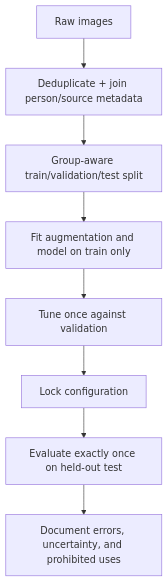
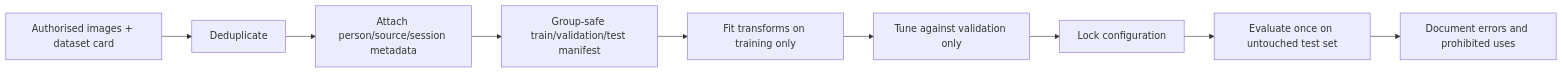
The eighth of 8 diagrams in 02-gender-image-classifier/README.md (CHAITANYA-2002/machine-learning-projects), drawn with Mermaid before and after one commit. The commit also changed other lines of this file and 109 other files, not shown here.

````diff
--- a/02-gender-image-classifier/README.md
+++ b/02-gender-image-classifier/README.md
@@ -120,10 +252,11 @@
-```mermaid
-flowchart TD
-    A[Raw images] --> B[Deduplicate + join person/source metadata]
-    B --> C[Group-aware train/validation/test split]
-    C --> D[Fit augmentation and model on train only]
-    D --> E[Tune once against validation]
-    E --> F[Lock configuration]
-    F --> G[Evaluate exactly once on held-out test]
-    G --> H[Document errors, uncertainty, and prohibited uses]
-```
+~~~mermaid
+flowchart LR
+    A[Authorised images + dataset card] --> B[Deduplicate]
+    B --> C[Attach person/source/session metadata]
+    C --> D[Group-safe train/validation/test manifest]
+    D --> E[Fit transforms on training only]
+    E --> F[Tune against validation only]
+    F --> G[Lock configuration]
+    G --> H[Evaluate once on untouched test set]
+    H --> I[Document errors and prohibited uses]
+~~~
````
